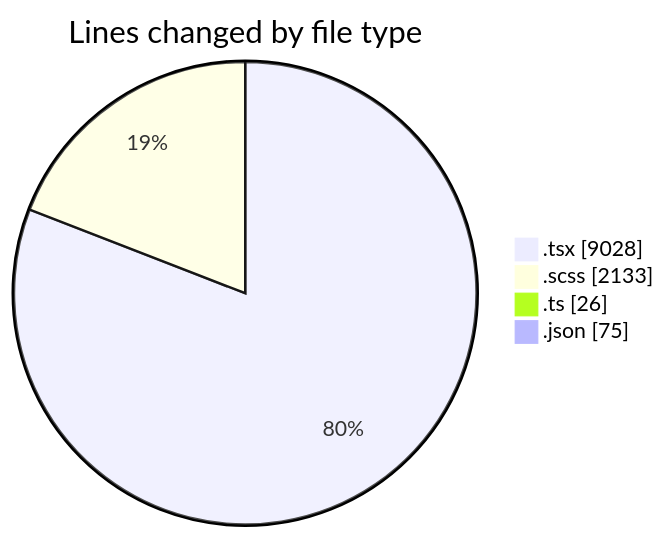
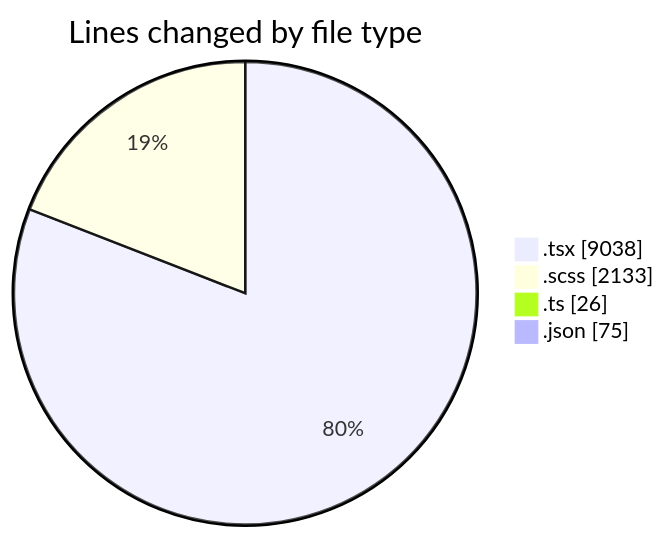
One commit to momahboobian/code-tracking changed the first of 2 diagrams in 2025-04-09/cda/README.md. Above: the diagram before and after it, drawn with Mermaid. The commit also changed other lines of this file and 1 other file, not shown here.

````diff
--- a/2025-04-09/cda/README.md
+++ b/2025-04-09/cda/README.md
@@ -52,8 +52,8 @@
 ```mermaid
 pie showData
 title Lines changed by file type
-".tsx" : 9028
+".tsx" : 9038
 ".scss" : 2133
 ".ts" : 26
 ".json" : 75
 ```
````
